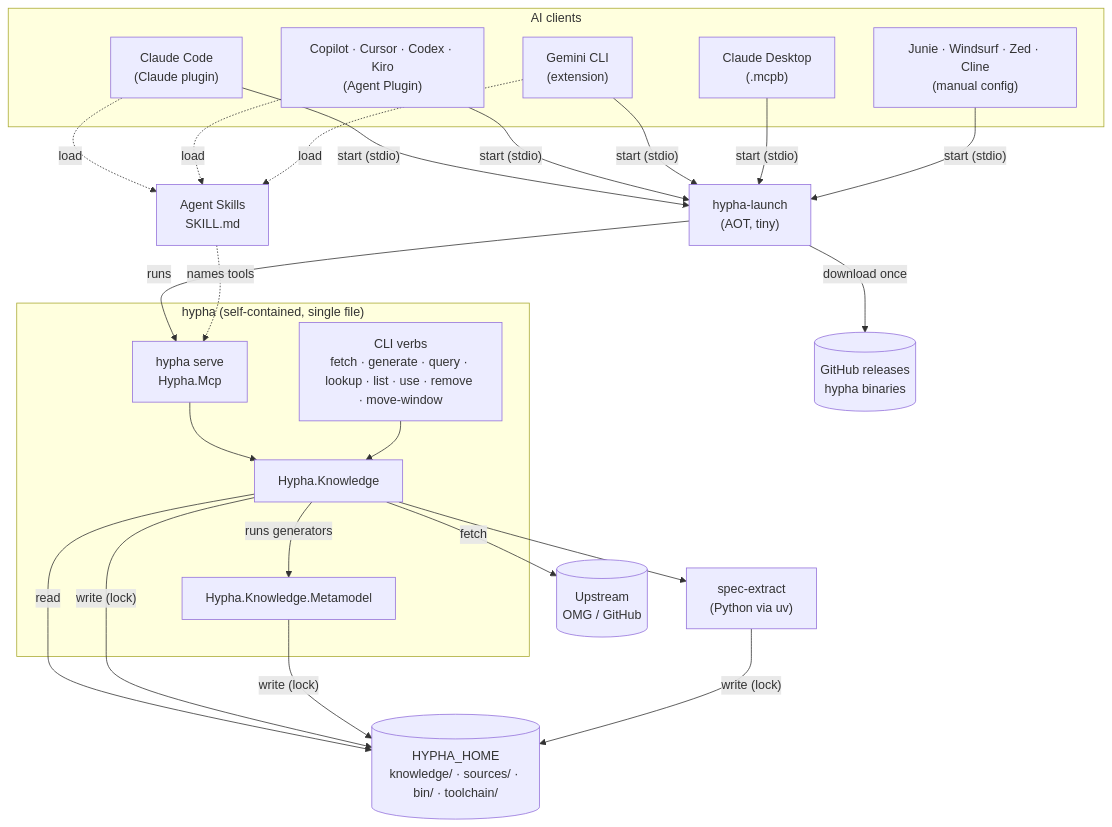
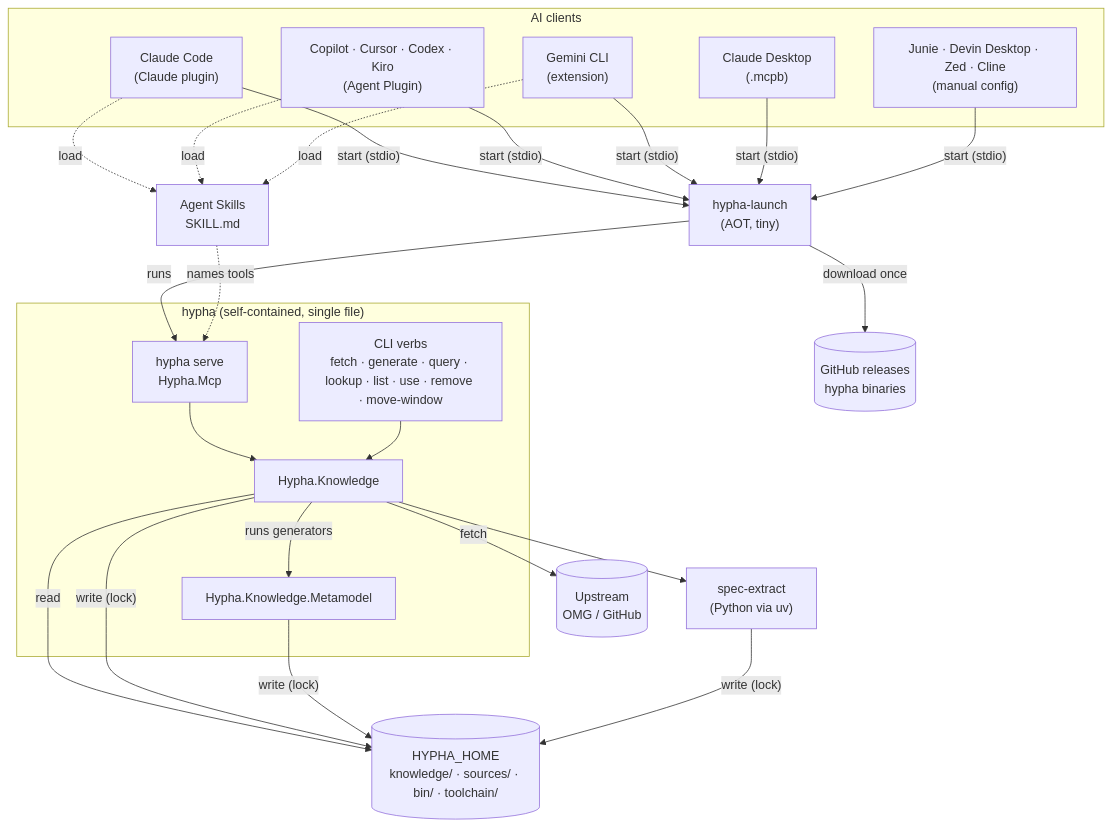
One commit to mycelium-cmbse/mycelium-hypha changed the first of 4 diagrams in hypha-mcp-refactor-plan.md. Above: the diagram before and after it, drawn with Mermaid. The commit also changed other lines of this file and 5 other files, not shown here.

````diff
--- a/hypha-mcp-refactor-plan.md
+++ b/hypha-mcp-refactor-plan.md
@@ -52,39 +52,39 @@
 ```mermaid
 flowchart TB
     subgraph Clients["AI clients"]
         CC["Claude Code<br/>(Claude plugin)"]
         AP["Copilot · Cursor · Codex · Kiro<br/>(Agent Plugin)"]
         GE["Gemini CLI<br/>(extension)"]
         CD["Claude Desktop<br/>(.mcpb)"]
-        MC["Junie · Windsurf · Zed · Cline<br/>(manual config)"]
+        MC["Junie · Devin Desktop · Zed · Cline<br/>(manual config)"]
     end
 
     SK["Agent Skills<br/>SKILL.md"]
     L["hypha-launch<br/>(AOT, tiny)"]
 
     subgraph H["hypha (self-contained, single file)"]
         CLI["CLI verbs<br/>fetch · generate · query · lookup · list · use · remove · move-window"]
         SRV["hypha serve<br/>Hypha.Mcp"]
         K["Hypha.Knowledge"]
         MG["Hypha.Knowledge.Metamodel"]
     end
 
     SE["spec-extract<br/>(Python via uv)"]
     HH[("HYPHA_HOME<br/>knowledge/ · sources/ · bin/ · toolchain/")]
     UP[("Upstream<br/>OMG / GitHub")]
     GR[("GitHub releases<br/>hypha binaries")]
 
     CC & AP & GE & CD & MC -- "start (stdio)" --> L
     L -- "download once" --> GR
     L -- "runs" --> SRV
     CC & AP & GE -. "load" .-> SK
     SK -. "names tools" .-> SRV
 
     SRV --> K
     CLI --> K
     K -- "runs generators" --> MG
     K --> SE
     K -- "read" --> HH
     K -- "fetch" --> UP
     K & MG & SE -- "write (lock)" --> HH
 ```
````
